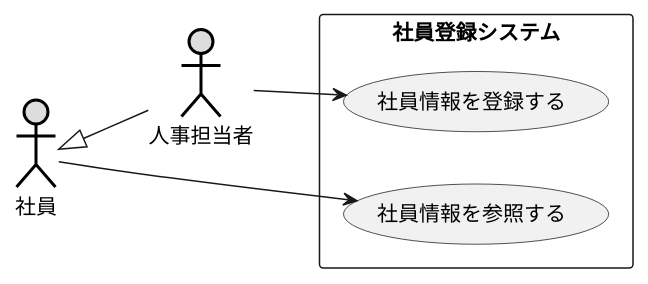
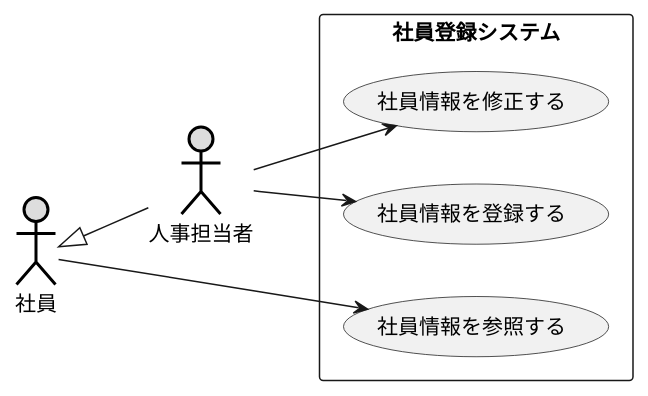
The diagram in 演習2-6_盛岡システム_従業員登録システム.pu (Aishin12/uml_introduction), drawn with PlantUML before and after one commit.

Commit message:
演習2-6

```diff
--- a/演習2-6_盛岡システム_従業員登録システム.pu
+++ b/演習2-6_盛岡システム_従業員登録システム.pu
@@ -1,12 +1,14 @@
 @startuml 盛岡システム（株）
 left to right direction
 actor 人事担当者#DDDDDD;line:black;line.bold;
 actor 社員#DDDDDD;line:black;line.bold;
 rectangle 社員登録システム{
     usecase 社員情報を登録する
     usecase 社員情報を参照する
+    usecase 社員情報を修正する
 }
 人事担当者 --> 社員情報を登録する
+人事担当者 --> 社員情報を修正する
 社員 <|-- 人事担当者
 社員 --> 社員情報を参照する
 @enduml
```
